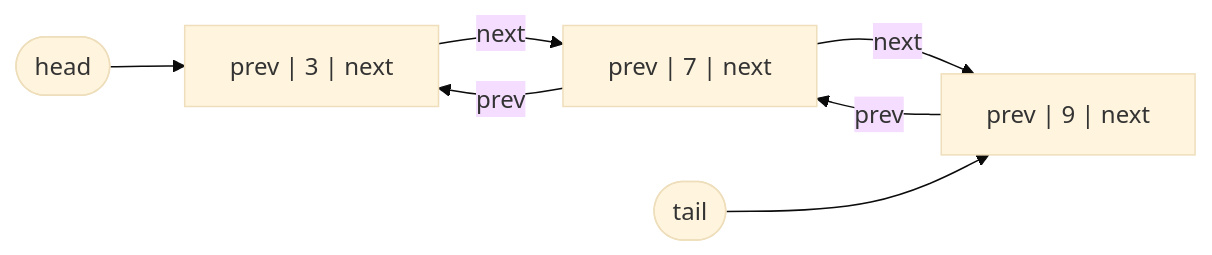
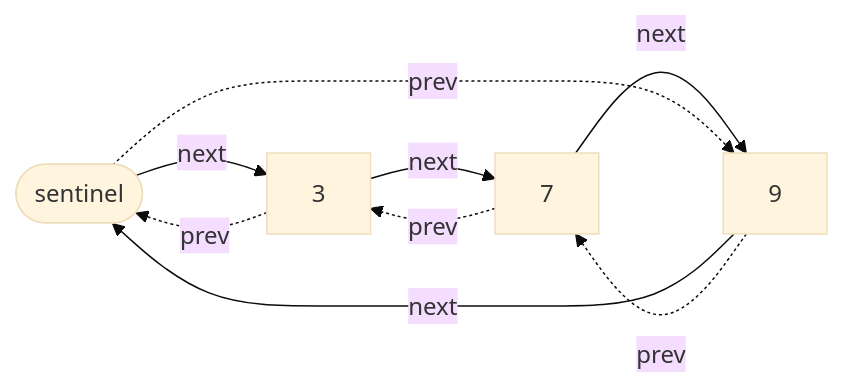
Before and after one commit to IhebBelhadj/second_brain: the first of 2 diagrams in Areas/Data structures and algorithms/Data structures/Linked list.md, drawn with Mermaid (base theme). The commit also changed other lines of this file and 9 other files, not shown here.

````diff
--- a/Areas/Data structures and algorithms/Data structures/Linked list.md
+++ b/Areas/Data structures and algorithms/Data structures/Linked list.md
@@ -85,9 +58,11 @@
 ```mermaid
 flowchart LR
-    H(["head"]) --> A
-    A["prev | 3 | next"] -- next --> B["prev | 7 | next"]
-    B -- prev --> A
-    B -- next --> C["prev | 9 | next"]
-    C -- prev --> B
-    T(["tail"]) --> C
+    S(["sentinel"]) -- next --> A["3"]
+    A -- next --> B["7"]
+    B -- next --> C["9"]
+    C -- next --> S
+    S -. prev .-> C
+    C -. prev .-> B
+    B -. prev .-> A
+    A -. prev .-> S
 ```
````
